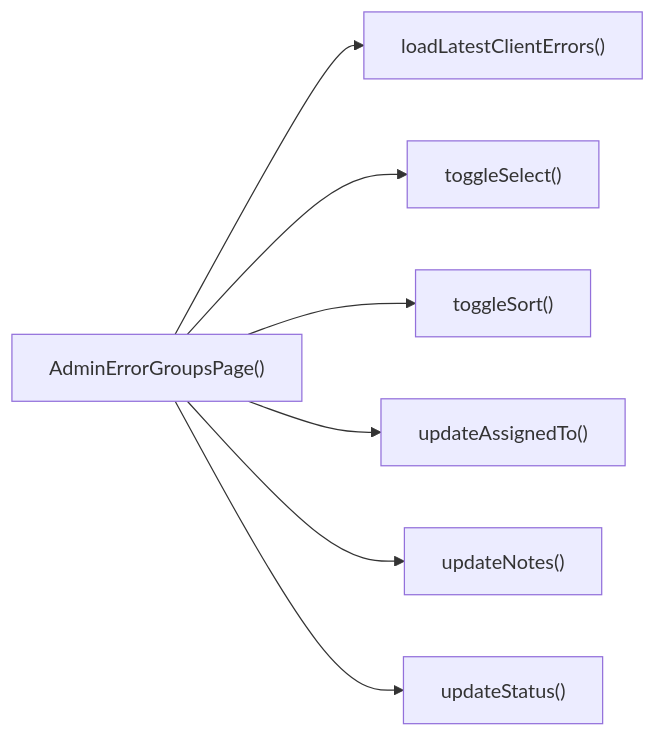
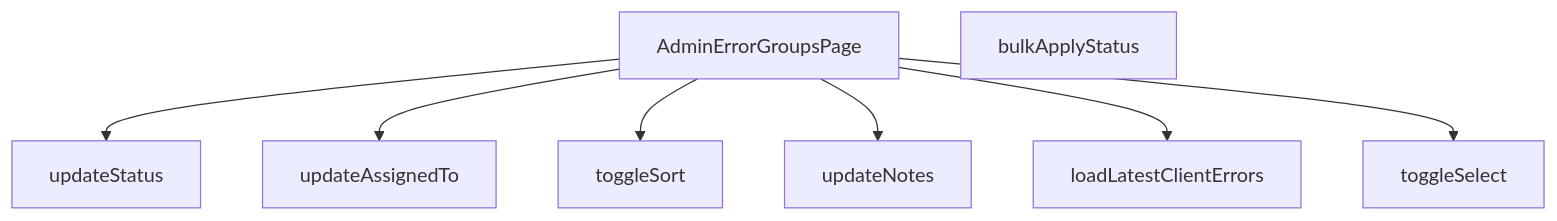
The diagram in src/views/admin/AdminErrorGroupsPage.md (peckop/venthub-hvac-esite), drawn with Mermaid before and after one commit. The commit also changed other lines of this file and 488 other files, not shown here.

````diff
--- a/src/views/admin/AdminErrorGroupsPage.md
+++ b/src/views/admin/AdminErrorGroupsPage.md
@@ -360,9 +361,17 @@
 ```mermaid
-graph LR
-    AdminErrorGroupsPage["AdminErrorGroupsPage()"] --> loadLatestClientErrors["loadLatestClientErrors()"]
-    AdminErrorGroupsPage["AdminErrorGroupsPage()"] --> toggleSelect["toggleSelect()"]
-    AdminErrorGroupsPage["AdminErrorGroupsPage()"] --> toggleSort["toggleSort()"]
-    AdminErrorGroupsPage["AdminErrorGroupsPage()"] --> updateAssignedTo["updateAssignedTo()"]
-    AdminErrorGroupsPage["AdminErrorGroupsPage()"] --> updateNotes["updateNotes()"]
-    AdminErrorGroupsPage["AdminErrorGroupsPage()"] --> updateStatus["updateStatus()"]
+graph TD
+    AdminErrorGroupsPage_tsx__AdminErrorGroupsPage["AdminErrorGroupsPage"]
+    AdminErrorGroupsPage_tsx__bulkApplyStatus["bulkApplyStatus"]
+    AdminErrorGroupsPage_tsx__loadLatestClientErrors["loadLatestClientErrors"]
+    AdminErrorGroupsPage_tsx__toggleSelect["toggleSelect"]
+    AdminErrorGroupsPage_tsx__toggleSort["toggleSort"]
+    AdminErrorGroupsPage_tsx__updateAssignedTo["updateAssignedTo"]
+    AdminErrorGroupsPage_tsx__updateNotes["updateNotes"]
+    AdminErrorGroupsPage_tsx__updateStatus["updateStatus"]
+    AdminErrorGroupsPage_tsx__AdminErrorGroupsPage --> AdminErrorGroupsPage_tsx__updateStatus
+    AdminErrorGroupsPage_tsx__AdminErrorGroupsPage --> AdminErrorGroupsPage_tsx__updateAssignedTo
+    AdminErrorGroupsPage_tsx__AdminErrorGroupsPage --> AdminErrorGroupsPage_tsx__toggleSort
+    AdminErrorGroupsPage_tsx__AdminErrorGroupsPage --> AdminErrorGroupsPage_tsx__updateNotes
+    AdminErrorGroupsPage_tsx__AdminErrorGroupsPage --> AdminErrorGroupsPage_tsx__loadLatestClientErrors
+    AdminErrorGroupsPage_tsx__AdminErrorGroupsPage --> AdminErrorGroupsPage_tsx__toggleSelect
 ```
````
